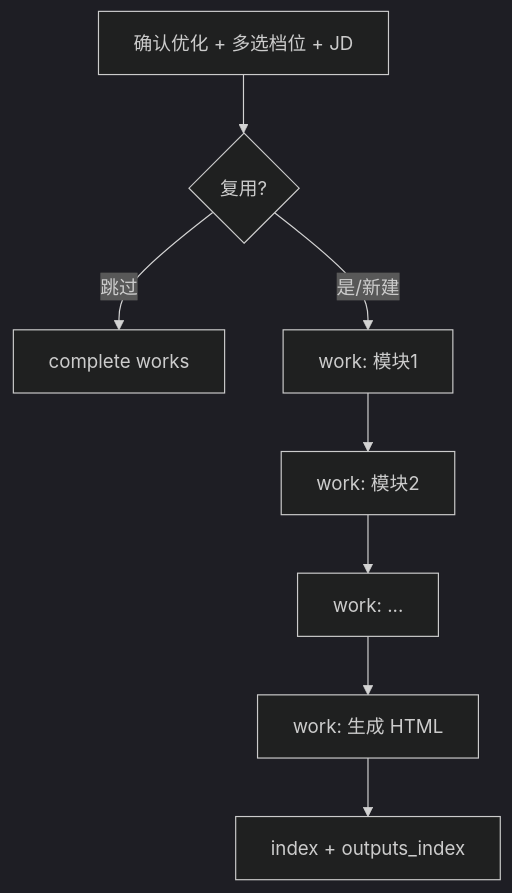
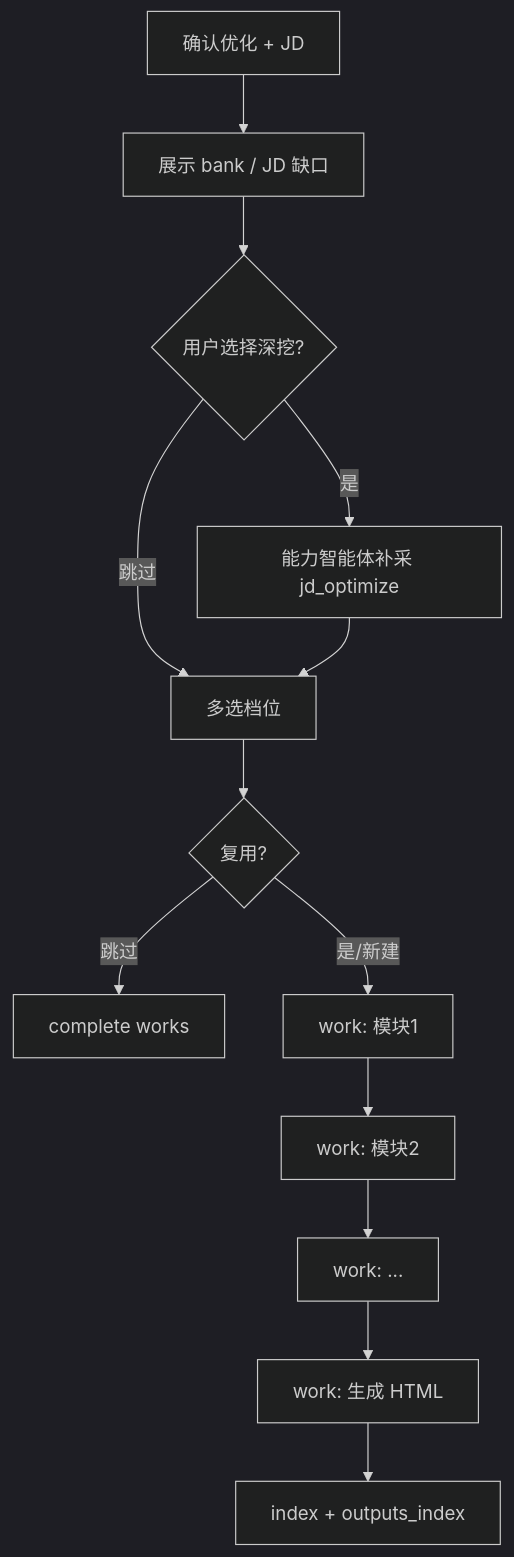
One commit to CatNum/AI-Optimized-Resume-V2 changed the diagram in .agent/skills/resume-module-optimize/SKILL.md. Above: the diagram before and after it, drawn with Mermaid (dark theme). The commit also changed other lines of this file and 5 other files, not shown here.

````diff
--- a/.agent/skills/resume-module-optimize/SKILL.md
+++ b/.agent/skills/resume-module-optimize/SKILL.md
@@ -79,10 +83,15 @@
 ```mermaid
 flowchart TD
-  In[确认优化 + 多选档位 + JD] --> Reuse{复用?}
+  In[确认优化 + JD] --> Show[展示 bank / JD 缺口]
+  Show --> Dig{用户选择深挖?}
+  Dig -->|是| Bank[能力智能体补采 jd_optimize]
+  Dig -->|跳过| Lv[多选档位]
+  Bank --> Lv
+  Lv --> Reuse{复用?}
   Reuse -->|跳过| End[complete works]
   Reuse -->|是/新建| W1[work: 模块1]
   W1 --> W2[work: 模块2]
   W2 --> Wn[work: ...]
   Wn --> HTML[work: 生成 HTML]
   HTML --> Idx[index + outputs_index]
 ```
````
